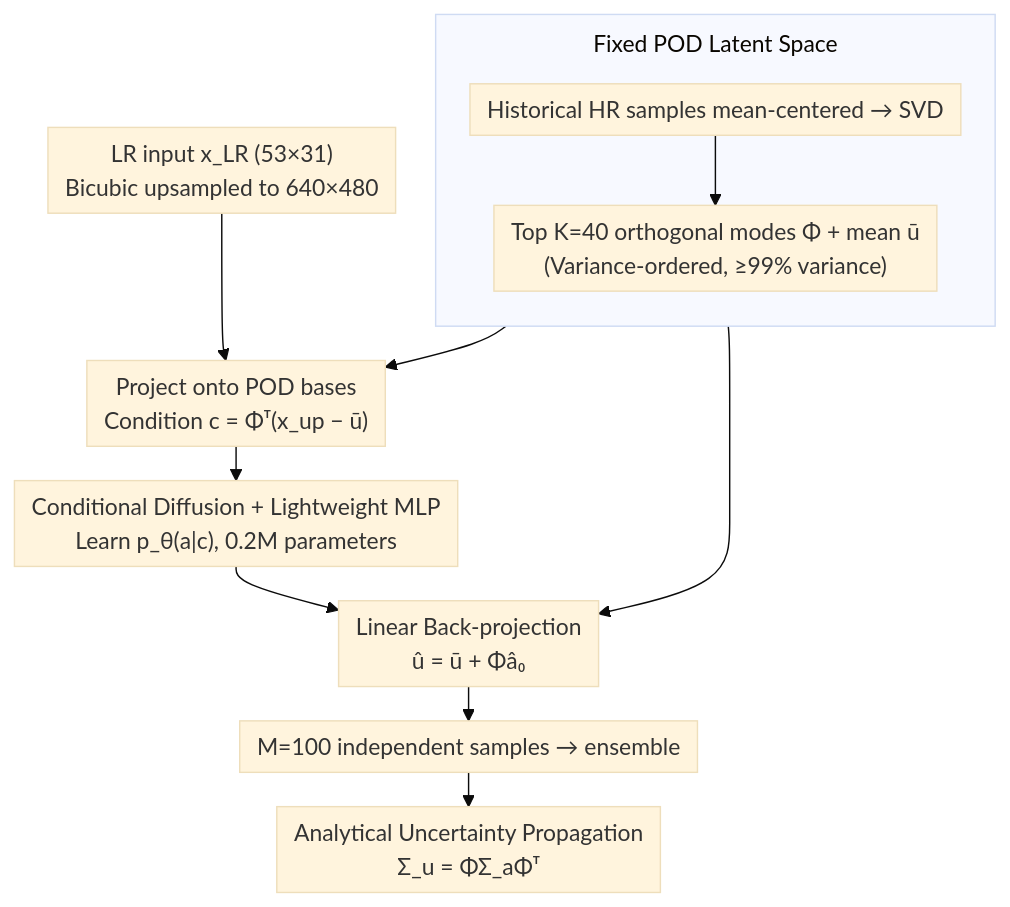
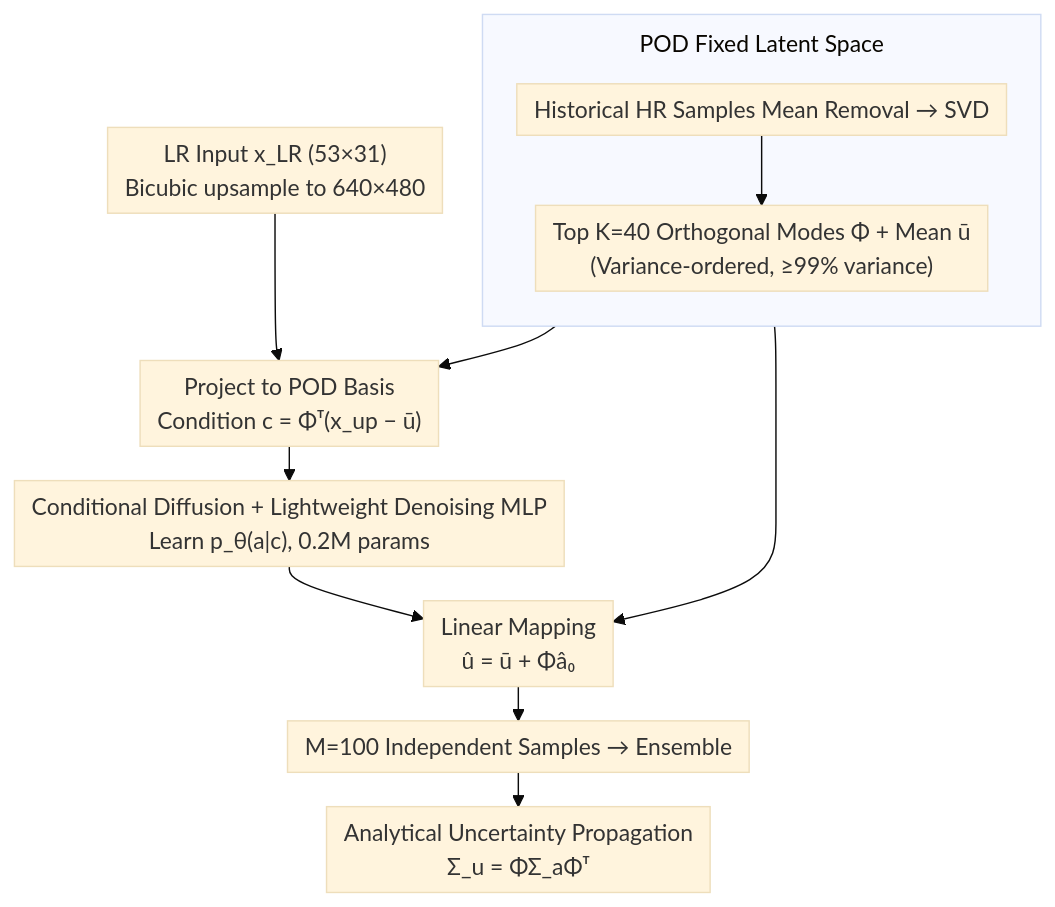
Before and after one commit to zhaoyang97/Paper-Notes-en: the diagram in docs/ICML2026/image_restoration/podiff_latent_diffusion_in_proper_orthogonal_decomposition_space_for_scientific_.md, drawn with Mermaid (base theme). The commit also changed other lines of this file and 5084 other files, not shown here.

````diff
--- a/docs/ICML2026/image_restoration/podiff_latent_diffusion_in_proper_orthogonal_decomposition_space_for_scientific_.md
+++ b/docs/ICML2026/image_restoration/podiff_latent_diffusion_in_proper_orthogonal_decomposition_space_for_scientific_.md
@@ -41,15 +41,15 @@
 ```mermaid
 %%{init: {'flowchart': {'rankSpacing': 24, 'nodeSpacing': 28, 'padding': 6, 'wrappingWidth': 400, 'subGraphTitleMargin': {'top': 8, 'bottom': 16}}}}%%
 flowchart TD
-    subgraph OFF["Fixed POD Latent Space"]
+    subgraph OFF["POD Fixed Latent Space"]
         direction TB
-        A["Historical HR samples mean-centered → SVD"] --> B["Top K=40 orthogonal modes Φ + mean ū<br/>(Variance-ordered, ≥99% variance)"]
+        A["Historical HR Samples Mean Removal → SVD"] --> B["Top K=40 Orthogonal Modes Φ + Mean ū<br/>(Variance-ordered, ≥99% variance)"]
     end
-    C["LR input x_LR (53×31)<br/>Bicubic upsampled to 640×480"] --> E["Project onto POD bases<br/>Condition c = Φᵀ(x_up − ū)"]
+    C["LR Input x_LR (53×31)<br/>Bicubic upsample to 640×480"] --> E["Project to POD Basis<br/>Condition c = Φᵀ(x_up − ū)"]
     B --> E
-    E --> F["Conditional Diffusion + Lightweight MLP<br/>Learn p_θ(a|c), 0.2M parameters"]
-    F --> H["Linear Back-projection<br/>û = ū + Φâ₀"]
+    E --> F["Conditional Diffusion + Lightweight Denoising MLP<br/>Learn p_θ(a|c), 0.2M params"]
+    F --> H["Linear Mapping<br/>û = ū + Φâ₀"]
     B --> H
-    H --> I["M=100 independent samples → ensemble"]
+    H --> I["M=100 Independent Samples → Ensemble"]
     I --> J["Analytical Uncertainty Propagation<br/>Σ_u = ΦΣ_aΦᵀ"]
 ```
````
